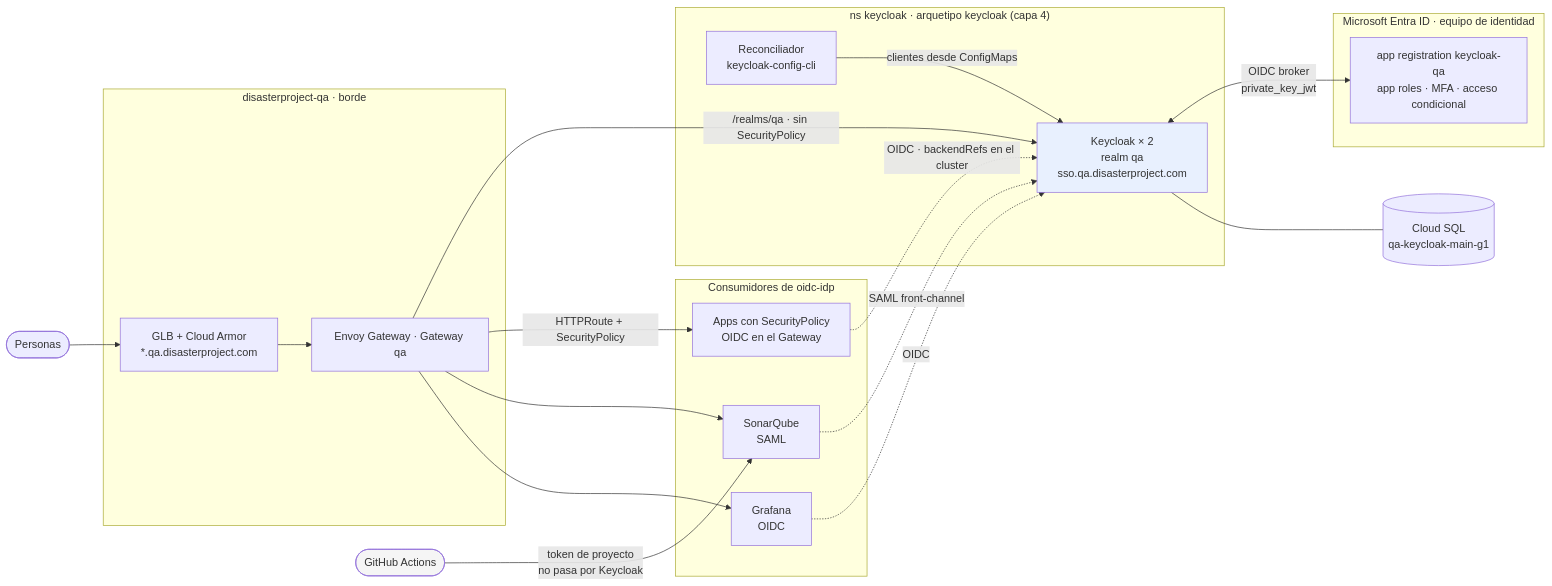
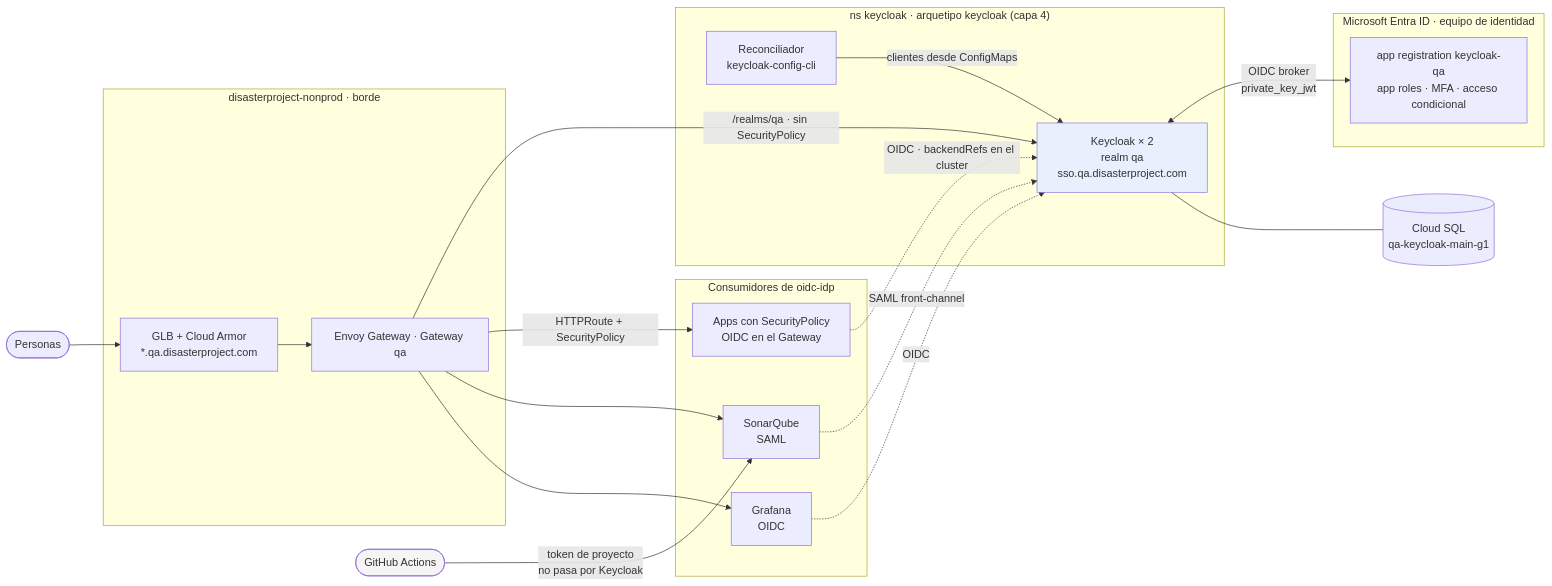
The diagram in docs/es/proposals/keycloak-qa/diagrams/01-contexto.mmd (aescanero/proposal_documents), drawn with Mermaid before and after one commit. The commit also changed 137 other files, not shown here.

```diff
--- a/docs/es/proposals/keycloak-qa/diagrams/01-contexto.mmd
+++ b/docs/es/proposals/keycloak-qa/diagrams/01-contexto.mmd
@@ -1,41 +1,41 @@
 flowchart LR
     U(["Personas"])
     CI(["GitHub Actions"])
 
     subgraph ENTRA["Microsoft Entra ID · equipo de identidad"]
         APP["app registration keycloak-qa<br/>app roles · MFA · acceso condicional"]
     end
 
-    subgraph EDGE["disasterproject-qa · borde"]
+    subgraph EDGE["disasterproject-nonprod · borde"]
         GLB["GLB + Cloud Armor<br/>*.qa.disasterproject.com"]
         GW["Envoy Gateway · Gateway qa"]
     end
 
     subgraph KC["ns keycloak · arquetipo keycloak (capa 4)"]
         K["Keycloak × 2<br/>realm qa<br/>sso.qa.disasterproject.com"]
         R["Reconciliador<br/>keycloak-config-cli"]
     end
 
     CSQL[("Cloud SQL<br/>qa-keycloak-main-g1")]
 
     subgraph CONS["Consumidores de oidc-idp"]
         SQ["SonarQube<br/>SAML"]
         GF["Grafana<br/>OIDC"]
         SP["Apps con SecurityPolicy<br/>OIDC en el Gateway"]
     end
 
     U --> GLB --> GW
     GW -->|"/realms/qa · sin SecurityPolicy"| K
     GW -->|"HTTPRoute + SecurityPolicy"| SP
     GW --> SQ
     GW --> GF
     K <-->|"OIDC broker<br/>private_key_jwt"| APP
     K --- CSQL
     R -->|"clientes desde ConfigMaps"| K
     SQ -. "SAML front-channel" .-> K
     GF -. "OIDC" .-> K
     SP -. "OIDC · backendRefs en el cluster" .-> K
     CI -->|"token de proyecto<br/>no pasa por Keycloak"| SQ
 
     style K fill:#e8f0fe
     style CI fill:#f5f5f5
```
